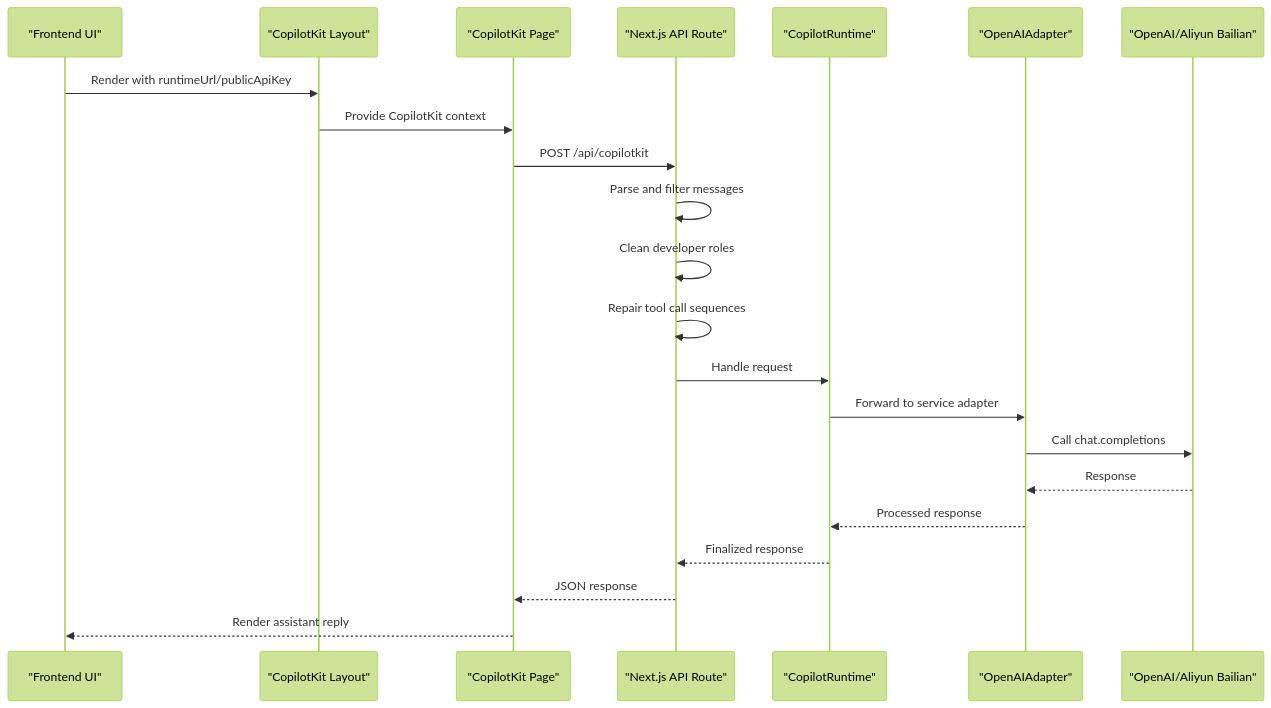
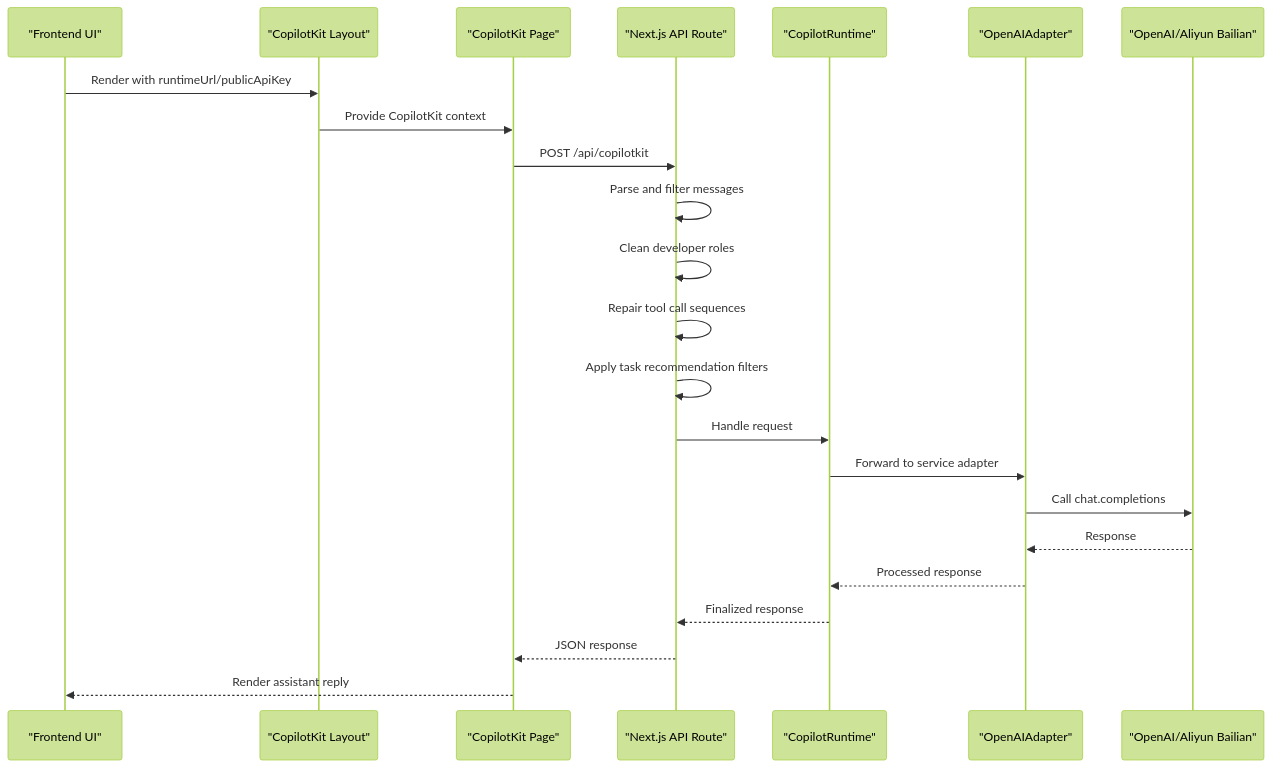
Before and after one commit to peixuanhu/goal-mate: the second of 6 diagrams in .qoder/repowiki/en/content/AI Assistant Integration/CopilotKit Runtime Configuration.md, drawn with Mermaid (forest theme). The commit also changed other lines of this file and 5 other files, not shown here.

````diff
--- a/.qoder/repowiki/en/content/AI Assistant Integration/CopilotKit Runtime Configuration.md
+++ b/.qoder/repowiki/en/content/AI Assistant Integration/CopilotKit Runtime Configuration.md
@@ -82,24 +103,25 @@
 ```mermaid
 sequenceDiagram
 participant Client as "Frontend UI"
 participant Layout as "CopilotKit Layout"
 participant Page as "CopilotKit Page"
 participant Endpoint as "Next.js API Route"
 participant Runtime as "CopilotRuntime"
 participant Adapter as "OpenAIAdapter"
 participant Service as "OpenAI/Aliyun Bailian"
 Client->>Layout : Render with runtimeUrl/publicApiKey
 Layout->>Page : Provide CopilotKit context
 Page->>Endpoint : POST /api/copilotkit
 Endpoint->>Endpoint : Parse and filter messages
 Endpoint->>Endpoint : Clean developer roles
 Endpoint->>Endpoint : Repair tool call sequences
+Endpoint->>Endpoint : Apply task recommendation filters
 Endpoint->>Runtime : Handle request
 Runtime->>Adapter : Forward to service adapter
 Adapter->>Service : Call chat.completions
 Service-->>Adapter : Response
 Adapter-->>Runtime : Processed response
 Runtime-->>Endpoint : Finalized response
 Endpoint-->>Page : JSON response
 Page-->>Client : Render assistant reply
 ```
````
